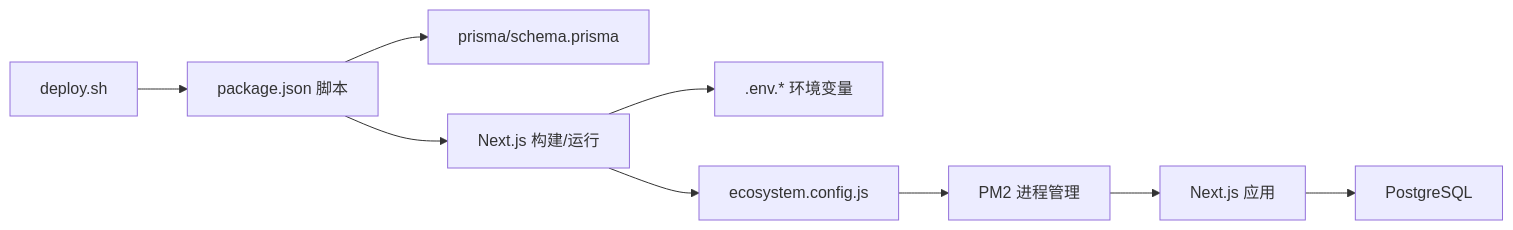
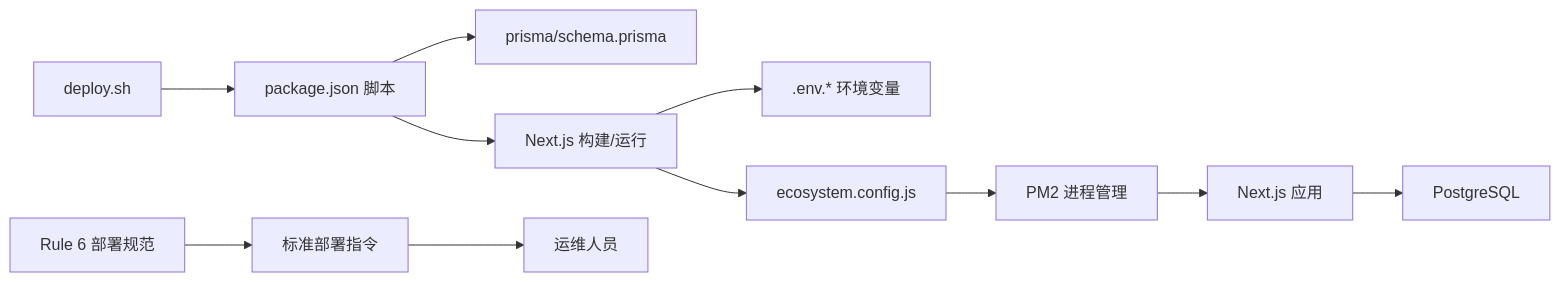
One commit to kangkang919/xinya changed the third of 3 diagrams in .qoder/repowiki/zh/content/部署与运维/部署流程.md. Above: the diagram before and after it, drawn with Mermaid. The commit also changed other lines of this file and 13 other files, not shown here.

````diff
--- a/.qoder/repowiki/zh/content/部署与运维/部署流程.md
+++ b/.qoder/repowiki/zh/content/部署与运维/部署流程.md
@@ -232,11 +276,13 @@
 ```mermaid
 graph LR
 DS["deploy.sh"] --> PKG["package.json 脚本"]
 PKG --> PRISMA["prisma/schema.prisma"]
 PKG --> NEXT["Next.js 构建/运行"]
 NEXT --> ENV[".env.* 环境变量"]
 NEXT --> PM2CFG["ecosystem.config.js"]
 PM2CFG --> RUNTIME["PM2 进程管理"]
 RUNTIME --> APP["Next.js 应用"]
 APP --> DB["PostgreSQL"]
+RULE6["Rule 6 部署规范"] --> DEPLOY["标准部署指令"]
+DEPLOY --> ADMIN["运维人员"]
 ```
````
